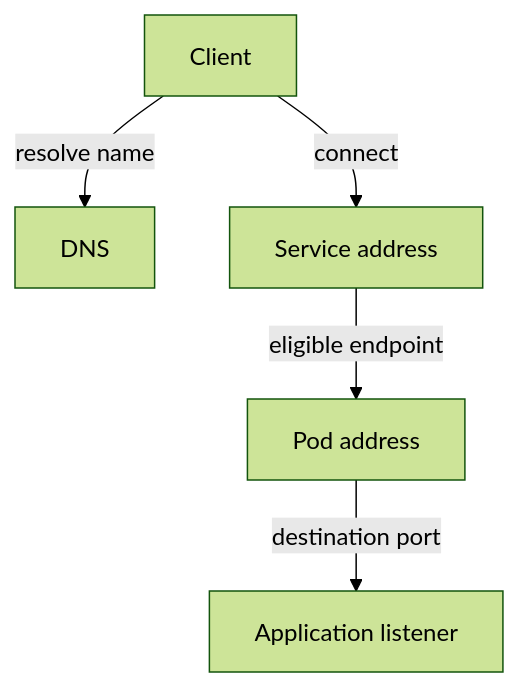
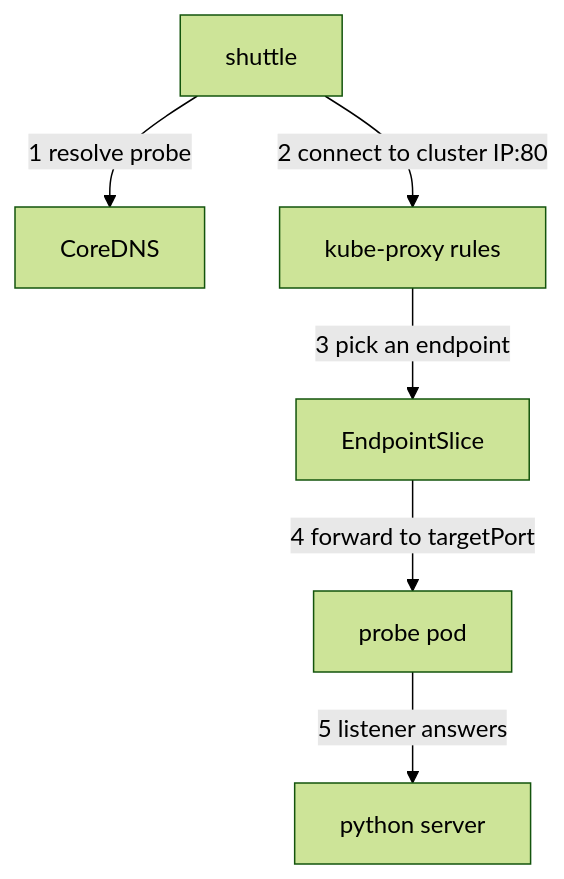
The diagram in sections/section-050/module-01/course-01-tracing-a-service-request.md (astrona-io/ATS023), drawn with Mermaid (forest theme) before and after one commit. The commit also changed other lines of this file and 408 other files, not shown here.

````diff
--- a/sections/section-050/module-01/course-01-tracing-a-service-request.md
+++ b/sections/section-050/module-01/course-01-tracing-a-service-request.md
@@ -28,7 +26,8 @@
 ```mermaid
 flowchart TB
-    C["Client"] -->|"resolve name"| D["DNS"]
-    C -->|"connect"| S["Service address"]
-    S -->|"eligible endpoint"| P["Pod address"]
-    P -->|"destination port"| A["Application listener"]
+    C["shuttle"] -->|"1 resolve probe"| D["CoreDNS"]
+    C -->|"2 connect to cluster IP:80"| K["kube-proxy rules"]
+    K -->|"3 pick an endpoint"| E["EndpointSlice"]
+    E -->|"4 forward to targetPort"| P["probe pod"]
+    P -->|"5 listener answers"| A["python server"]
 ```
````
